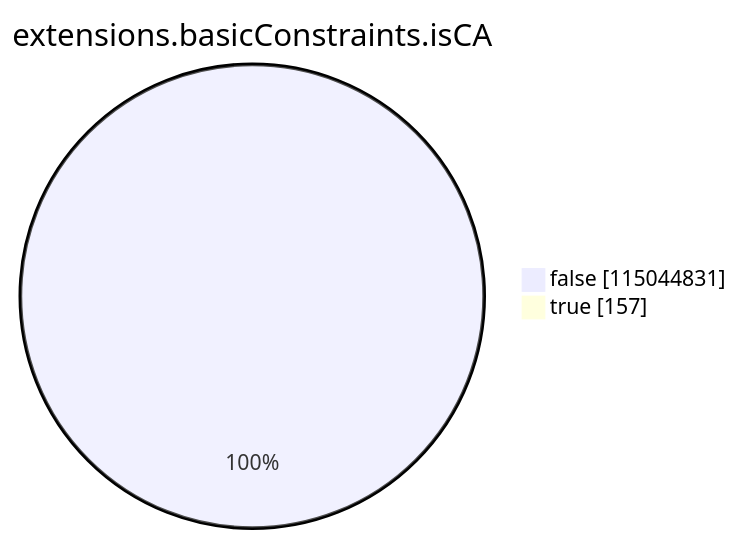
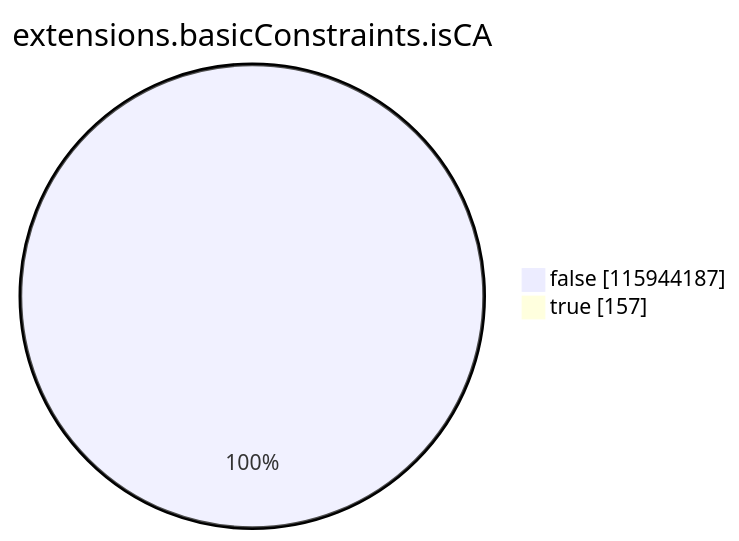
The seventh of 15 diagrams in argon2023/README.md (christiankrug/ctmonitor_visualization), drawn with Mermaid before and after one commit. The commit also changed other lines of this file, not shown here.

````diff
--- a/argon2023/README.md
+++ b/argon2023/README.md
@@ -2148,6 +2150,6 @@
 ```mermaid
 pie showData
 title extensions.basicConstraints.isCA
-"false" :115044831
+"false" :115944187
 "true" :157
 ```
````
